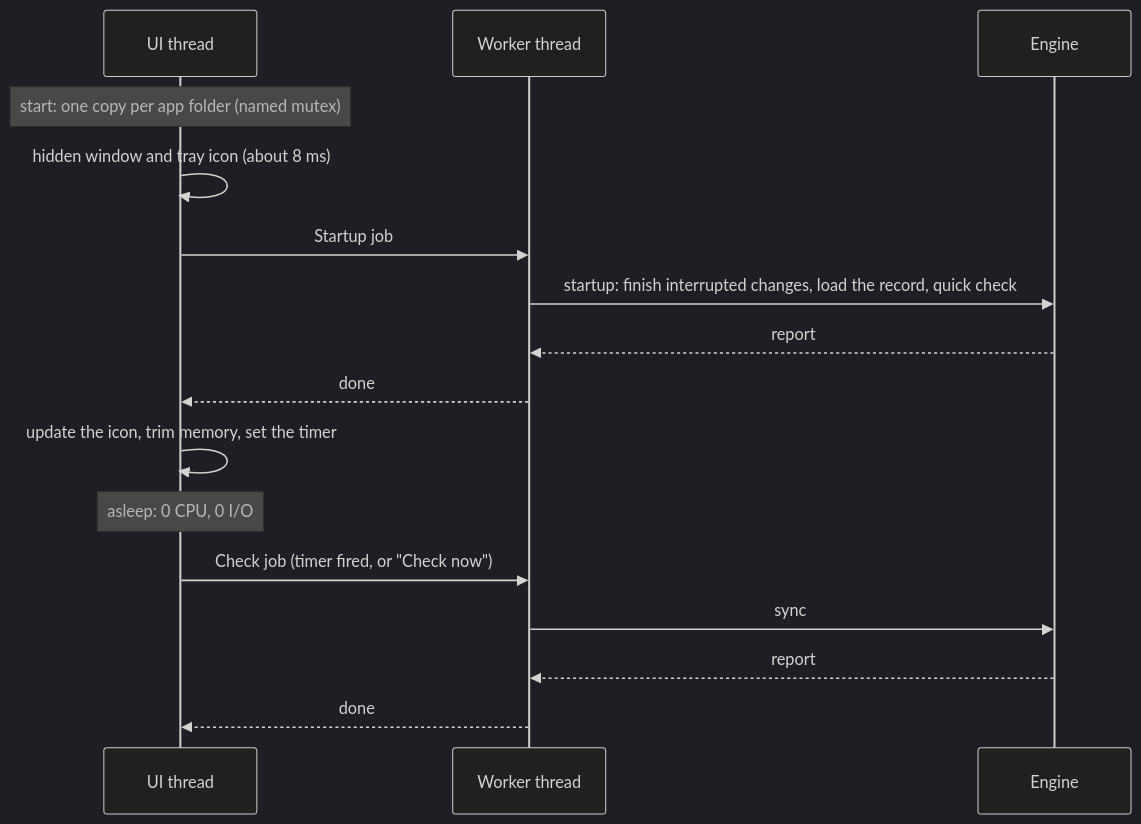
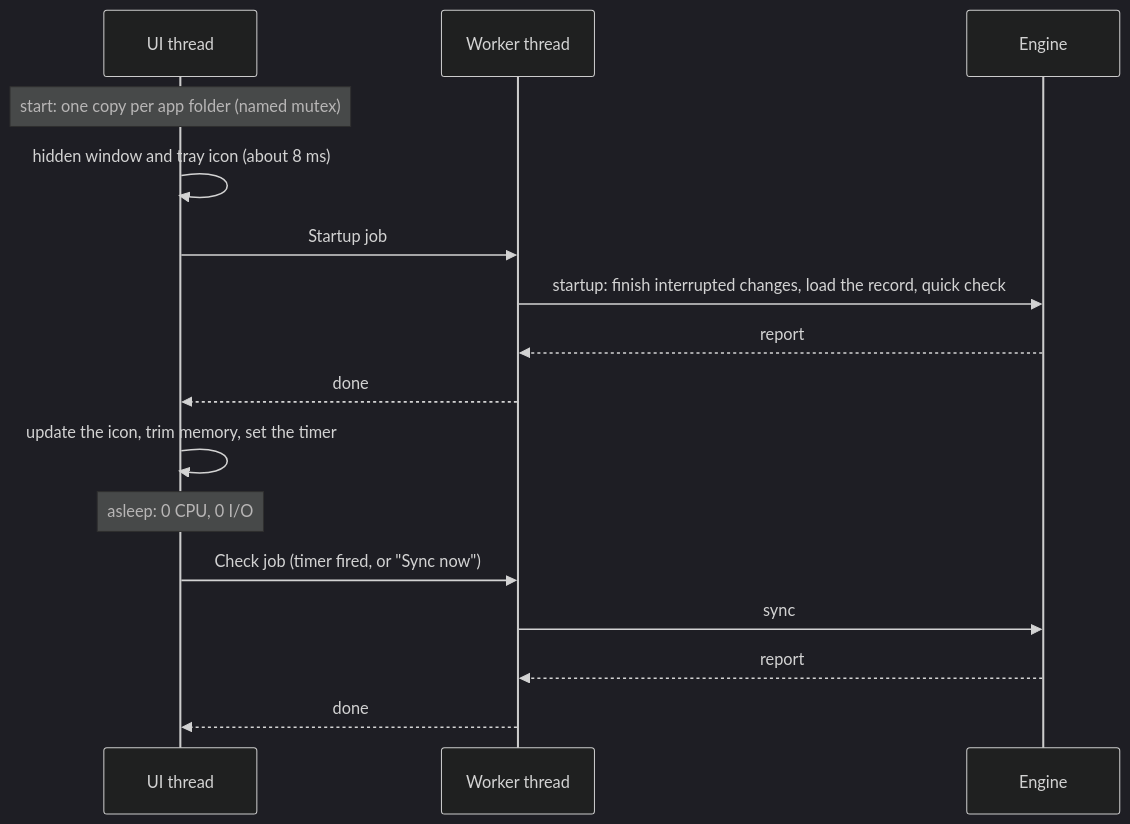
One commit to AngelosP/tiny-skill-sync changed the second of 6 diagrams in ARCHITECTURE.md. Above: the diagram before and after it, drawn with Mermaid (dark theme). The commit also changed other lines of this file and 33 other files, not shown here.

````diff
--- a/ARCHITECTURE.md
+++ b/ARCHITECTURE.md
@@ -66,18 +67,18 @@
 ```mermaid
 sequenceDiagram
     participant UI as UI thread
     participant W as Worker thread
     participant E as Engine
     Note over UI: start: one copy per app folder (named mutex)
     UI->>UI: hidden window and tray icon (about 8 ms)
     UI->>W: Startup job
     W->>E: startup: finish interrupted changes, load the record, quick check
     E-->>W: report
     W-->>UI: done
     UI->>UI: update the icon, trim memory, set the timer
     Note over UI: asleep: 0 CPU, 0 I/O
-    UI->>W: Check job (timer fired, or "Check now")
+    UI->>W: Check job (timer fired, or "Sync now")
     W->>E: sync
     E-->>W: report
     W-->>UI: done
 ```
````
